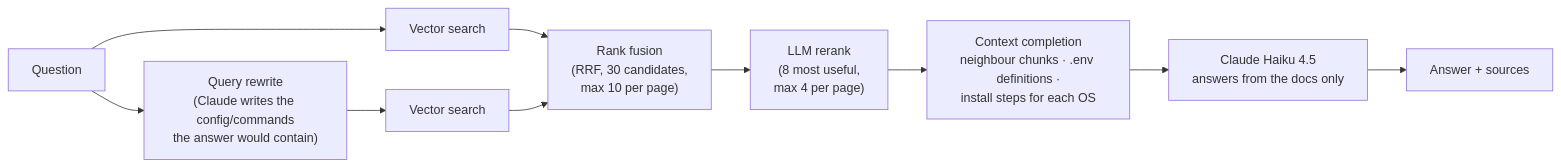
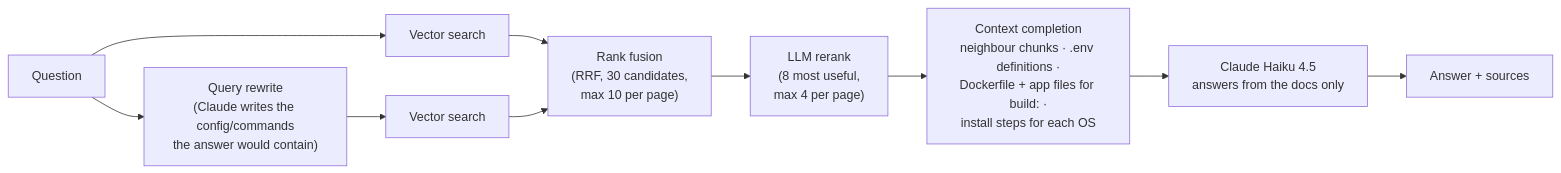
One commit to Edem94/document-intelligence-assistant changed the diagram in README.md. Above: the diagram before and after it, drawn with Mermaid. The commit also changed other lines of this file and 7 other files, not shown here.

Commit message:
Show every file an answer needs: fetch Dockerfile + app files for Compose build:, prompt rules, eval cases; grounding ignores trailing comments

````diff
--- a/README.md
+++ b/README.md
@@ -46,12 +46,12 @@
 ```mermaid
 flowchart LR
     Q[Question] --> RW["Query rewrite<br/>(Claude writes the config/commands<br/>the answer would contain)"]
     Q --> S1[Vector search]
     RW --> S2[Vector search]
     S1 --> F["Rank fusion<br/>(RRF, 30 candidates,<br/>max 10 per page)"]
     S2 --> F
     F --> RR["LLM rerank<br/>(8 most useful,<br/>max 4 per page)"]
-    RR --> X["Context completion<br/>neighbour chunks · .env definitions ·<br/>install steps for each OS"]
+    RR --> X["Context completion<br/>neighbour chunks · .env definitions ·<br/>Dockerfile + app files for build: ·<br/>install steps for each OS"]
     X --> G["Claude Haiku 4.5<br/>answers from the docs only"]
     G --> A[Answer + sources]
 ```
````
